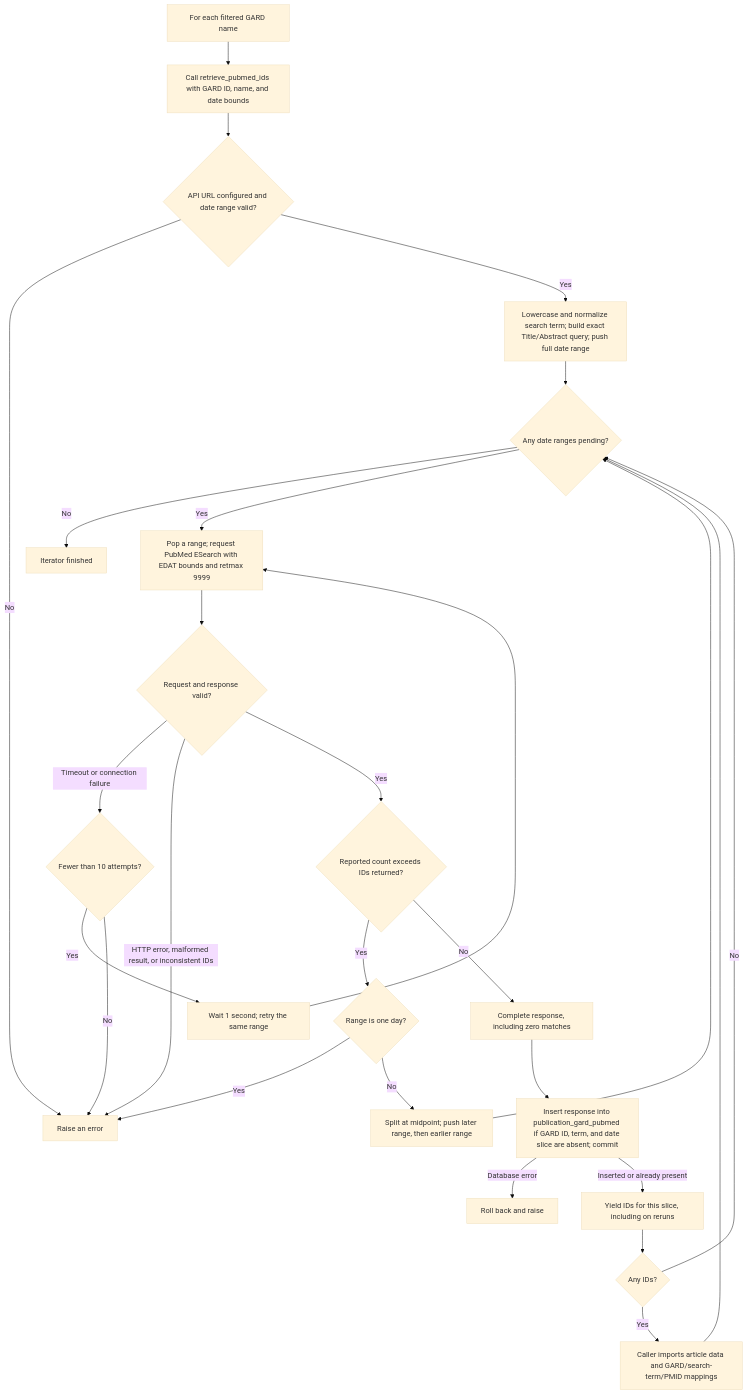
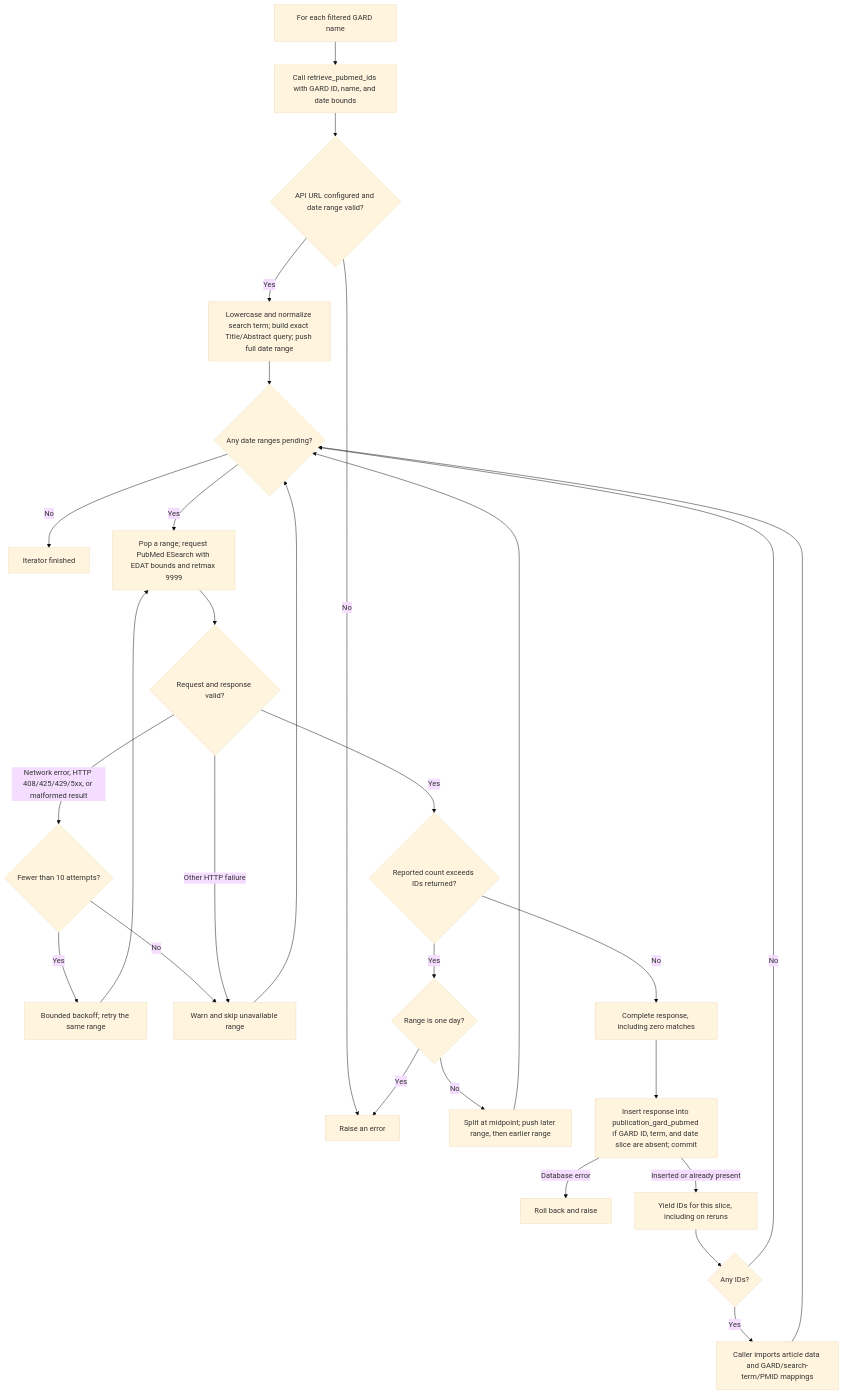
One commit to ncats/RDAS changed the diagram in Z_Alert/pipelines/pipeline_3_publication/task_publication_1.md. Above: the diagram before and after it, drawn with Mermaid (base theme). The commit also changed other lines of this file and 18 other files, not shown here.

Commit message:
Fix: retry and skip unavailable HTTP data across Alert and GARD tasks without replaying completed GARD nodes

````diff
--- a/Z_Alert/pipelines/pipeline_3_publication/task_publication_1.md
+++ b/Z_Alert/pipelines/pipeline_3_publication/task_publication_1.md
@@ -9,26 +9,26 @@
 ```mermaid
 flowchart TD
     A["For each filtered GARD name"] --> B["Call retrieve_pubmed_ids with GARD ID, name, and date bounds"]
     B --> C{"API URL configured and date range valid?"}
     C -- No --> X["Raise an error"]
     C -- Yes --> D["Lowercase and normalize search term; build exact Title/Abstract query; push full date range"]
     D --> E{"Any date ranges pending?"}
     E -- No --> Z["Iterator finished"]
     E -- Yes --> F["Pop a range; request PubMed ESearch with EDAT bounds and retmax 9999"]
     F --> G{"Request and response valid?"}
-    G -- "Timeout or connection failure" --> H{"Fewer than 10 attempts?"}
-    H -- Yes --> I["Wait 1 second; retry the same range"] --> F
-    H -- No --> X
-    G -- "HTTP error, malformed result, or inconsistent IDs" --> X
+    G -- "Network error, HTTP 408/425/429/5xx, or malformed result" --> H{"Fewer than 10 attempts?"}
+    H -- Yes --> I["Bounded backoff; retry the same range"] --> F
+    H -- No --> Skip["Warn and skip unavailable range"] --> E
+    G -- "Other HTTP failure" --> Skip
     G -- Yes --> J{"Reported count exceeds IDs returned?"}
     J -- Yes --> K{"Range is one day?"}
     K -- Yes --> X
     K -- No --> L["Split at midpoint; push later range, then earlier range"] --> E
     J -- No --> M["Complete response, including zero matches"]
     M --> N["Insert response into publication_gard_pubmed if GARD ID, term, and date slice are absent; commit"]
     N -- "Database error" --> Y["Roll back and raise"]
     N -- "Inserted or already present" --> O["Yield IDs for this slice, including on reruns"]
     O --> P{"Any IDs?"}
     P -- Yes --> Q["Caller imports article data and GARD/search-term/PMID mappings"] --> E
     P -- No --> E
 ```
````
